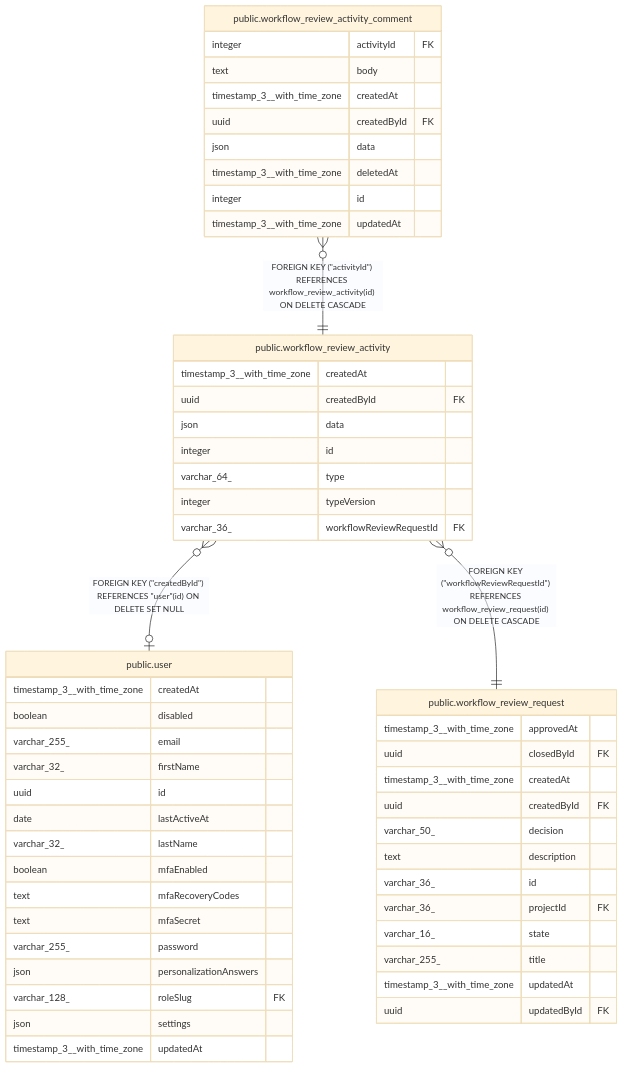
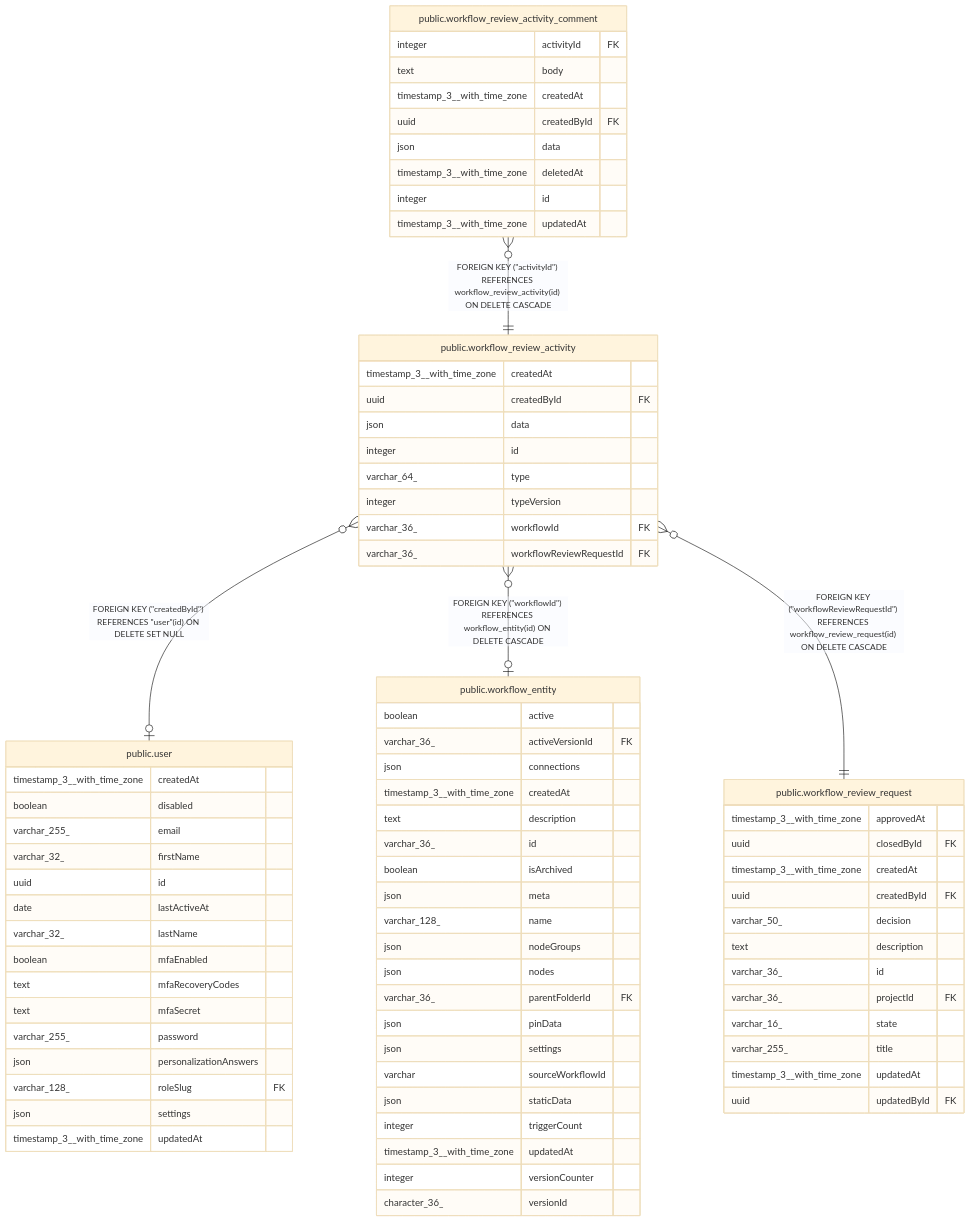
The diagram in docs/generated/postgres-schema/public.workflow_review_activity.md (mayankjain1815-commits/n8n), drawn with Mermaid (base theme) before and after one commit. The commit also changed other lines of this file and 16 other files, not shown here.

First line of the commit message:
feat(core): Scope activity entries to a workflow and index the authors table (no-changelog)

````diff
--- a/docs/generated/postgres-schema/public.workflow_review_activity.md
+++ b/docs/generated/postgres-schema/public.workflow_review_activity.md
@@ -38,58 +40,82 @@
 ```mermaid
 erDiagram
 
 "public.workflow_review_activity" }o--o| "public.user" : "FOREIGN KEY (#quot;createdById#quot;) REFERENCES #quot;user#quot;(id) ON DELETE SET NULL"
 "public.workflow_review_activity_comment" }o--|| "public.workflow_review_activity" : "FOREIGN KEY (#quot;activityId#quot;) REFERENCES workflow_review_activity(id) ON DELETE CASCADE"
+"public.workflow_review_activity" }o--o| "public.workflow_entity" : "FOREIGN KEY (#quot;workflowId#quot;) REFERENCES workflow_entity(id) ON DELETE CASCADE"
 "public.workflow_review_activity" }o--|| "public.workflow_review_request" : "FOREIGN KEY (#quot;workflowReviewRequestId#quot;) REFERENCES workflow_review_request(id) ON DELETE CASCADE"
 
 "public.workflow_review_activity" {
   timestamp_3__with_time_zone createdAt
   uuid createdById FK
   json data
   integer id
   varchar_64_ type
   integer typeVersion
+  varchar_36_ workflowId FK
   varchar_36_ workflowReviewRequestId FK
 }
 "public.user" {
   timestamp_3__with_time_zone createdAt
   boolean disabled
   varchar_255_ email
   varchar_32_ firstName
   uuid id
   date lastActiveAt
   varchar_32_ lastName
   boolean mfaEnabled
   text mfaRecoveryCodes
   text mfaSecret
   varchar_255_ password
   json personalizationAnswers
   varchar_128_ roleSlug FK
   json settings
   timestamp_3__with_time_zone updatedAt
 }
 "public.workflow_review_activity_comment" {
   integer activityId FK
   text body
   timestamp_3__with_time_zone createdAt
   uuid createdById FK
   json data
   timestamp_3__with_time_zone deletedAt
   integer id
   timestamp_3__with_time_zone updatedAt
 }
+"public.workflow_entity" {
+  boolean active
+  varchar_36_ activeVersionId FK
+  json connections
+  timestamp_3__with_time_zone createdAt
+  text description
+  varchar_36_ id
+  boolean isArchived
+  json meta
+  varchar_128_ name
+  json nodeGroups
+  json nodes
+  varchar_36_ parentFolderId FK
+  json pinData
+  json settings
+  varchar sourceWorkflowId
+  json staticData
+  integer triggerCount
+  timestamp_3__with_time_zone updatedAt
+  integer versionCounter
+  character_36_ versionId
+}
 "public.workflow_review_request" {
   timestamp_3__with_time_zone approvedAt
   uuid closedById FK
   timestamp_3__with_time_zone createdAt
   uuid createdById FK
   varchar_50_ decision
   text description
   varchar_36_ id
   varchar_36_ projectId FK
   varchar_16_ state
   varchar_255_ title
   timestamp_3__with_time_zone updatedAt
   uuid updatedById FK
 }
 ```
````
